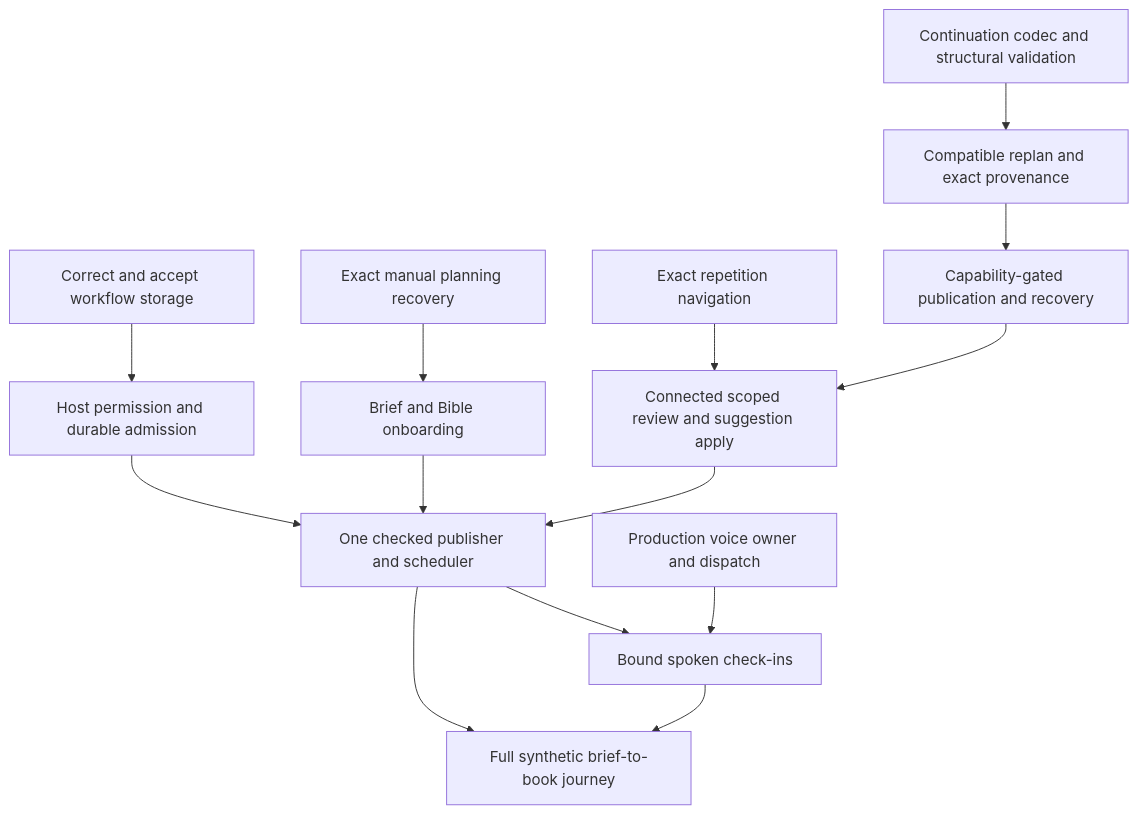
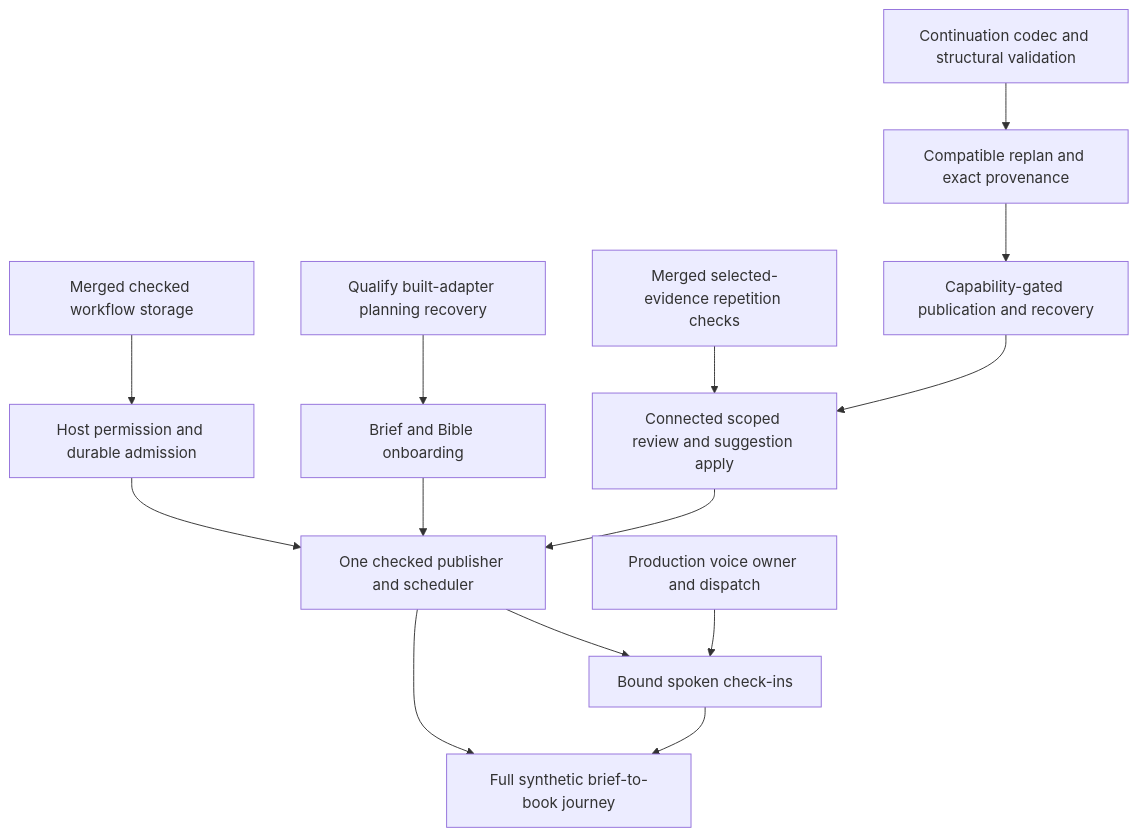
One commit to JordanM575/open-ai-book-studio changed the diagram in docs/DELIVERY-FORECAST.md. Above: the diagram before and after it, drawn with Mermaid. The commit also changed other lines of this file and 7 other files, not shown here.

Commit message:
docs: reconcile exact-head foundation evidence

````diff
--- a/docs/DELIVERY-FORECAST.md
+++ b/docs/DELIVERY-FORECAST.md
@@ -43,16 +46,16 @@
 ```mermaid
 flowchart TD
-  A[Correct and accept workflow storage] --> H[Host permission and durable admission]
+  A[Merged checked workflow storage] --> H[Host permission and durable admission]
   H --> P[One checked publisher and scheduler]
-  B[Exact manual planning recovery] --> O[Brief and Bible onboarding]
+  B[Qualify built-adapter planning recovery] --> O[Brief and Bible onboarding]
   O --> P
-  C[Exact repetition navigation] --> R[Connected scoped review and suggestion apply]
+  C[Merged selected-evidence repetition checks] --> R[Connected scoped review and suggestion apply]
   D[Continuation codec and structural validation] --> V[Compatible replan and exact provenance]
   V --> S[Capability-gated publication and recovery]
   S --> R
   R --> P
   P --> J[Full synthetic brief-to-book journey]
   E[Production voice owner and dispatch] --> K[Bound spoken check-ins]
   P --> K
   K --> J
 ```
````
